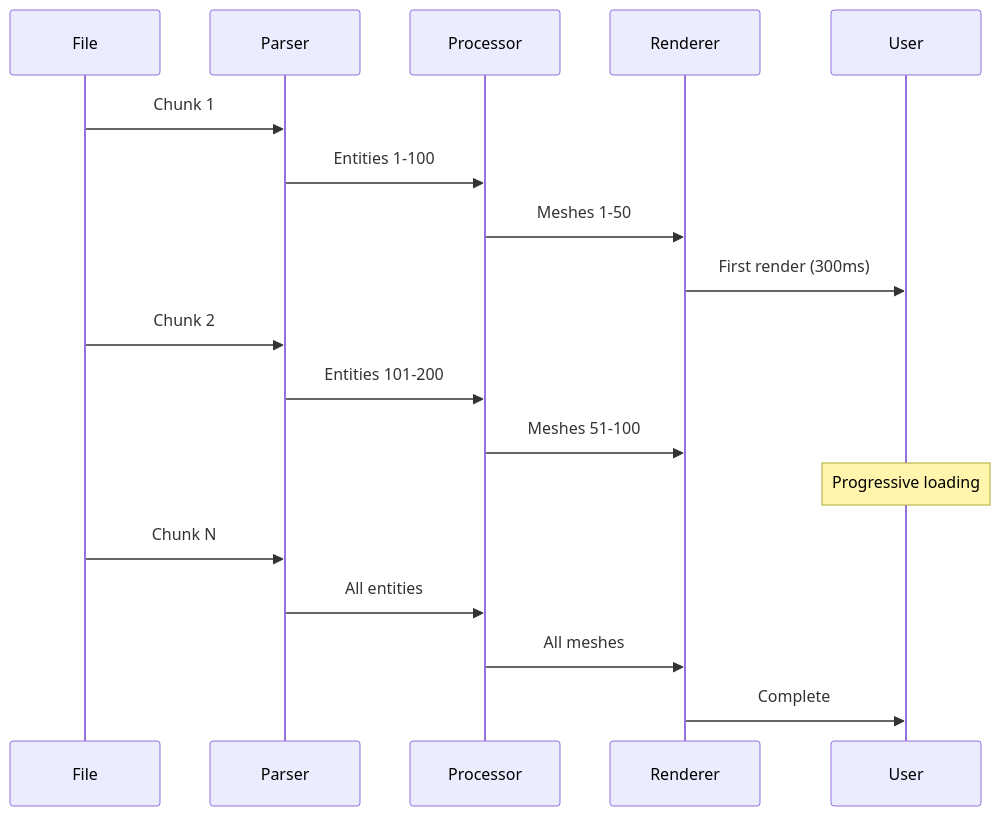
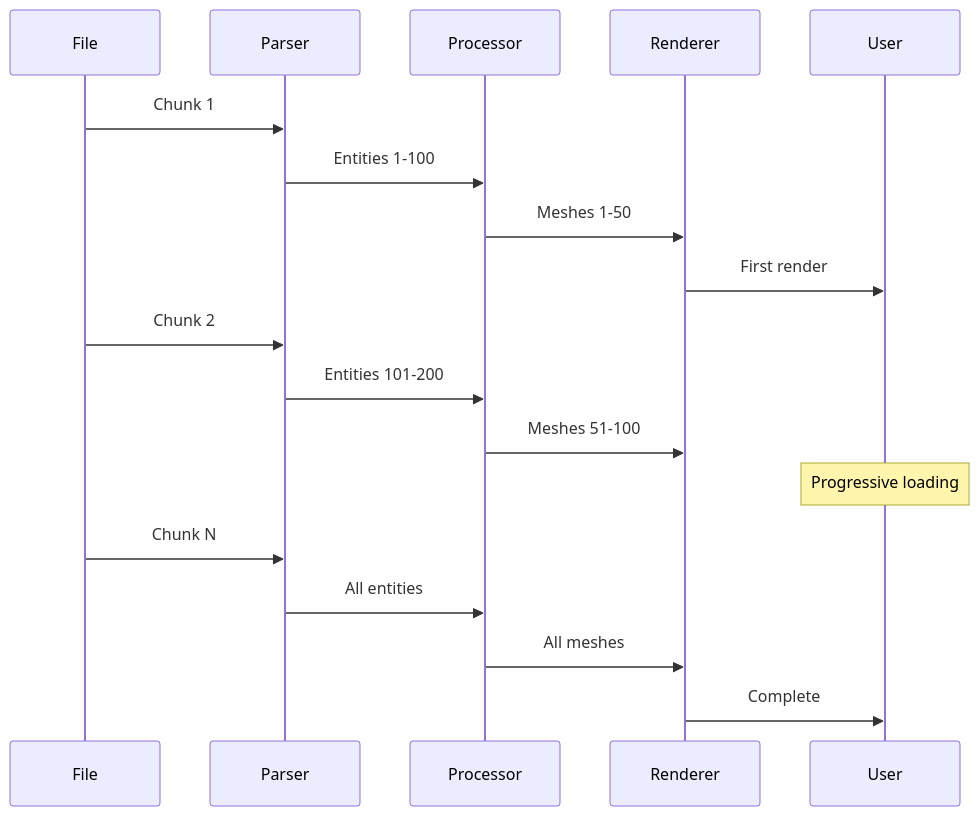
The fourth of 18 diagrams in docs/architecture/overview.md (LTplus-AG/ifc-lite), drawn with Mermaid before and after one commit. The commit also changed other lines of this file and 8 other files, not shown here.

Commit message:
docs(architecture): drop unbacked perf figures and correct pipeline, IFNS and release-path details

````diff
--- a/docs/architecture/overview.md
+++ b/docs/architecture/overview.md
@@ -114,23 +114,23 @@
 ```mermaid
 sequenceDiagram
     participant File
     participant Parser
     participant Processor
     participant Renderer
     participant User
 
     File->>Parser: Chunk 1
     Parser->>Processor: Entities 1-100
     Processor->>Renderer: Meshes 1-50
-    Renderer->>User: First render (300ms)
+    Renderer->>User: First render
 
     File->>Parser: Chunk 2
     Parser->>Processor: Entities 101-200
     Processor->>Renderer: Meshes 51-100
     Note over User: Progressive loading
 
     File->>Parser: Chunk N
     Parser->>Processor: All entities
     Processor->>Renderer: All meshes
     Renderer->>User: Complete
 ```
````
